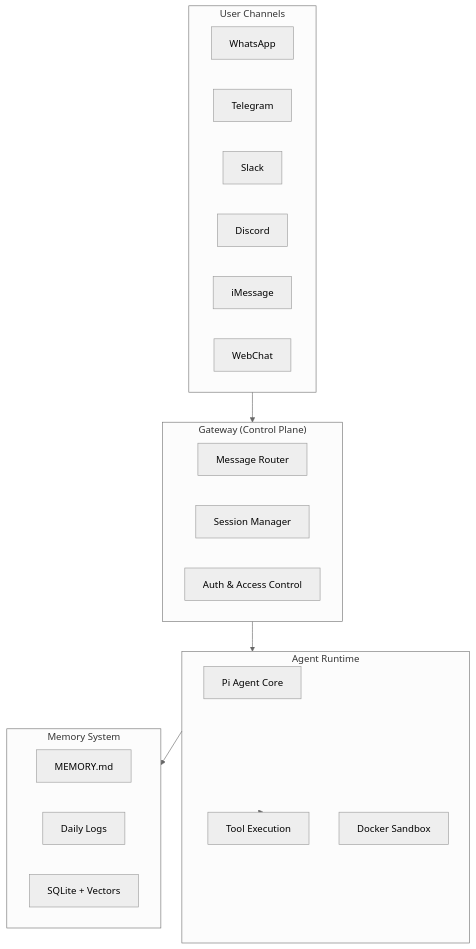
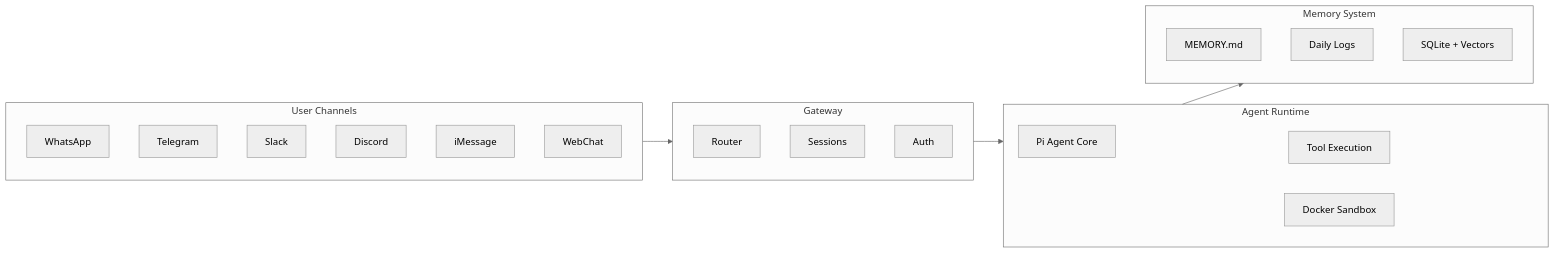
One commit to cynthialmy/cynthialmy.github.io changed the first of 9 diagrams in _posts/2026-02-27-self-evolving-ai-assistant.md. Above: the diagram before and after it, drawn with Mermaid (neutral theme).

````diff
--- a/_posts/2026-02-27-self-evolving-ai-assistant.md
+++ b/_posts/2026-02-27-self-evolving-ai-assistant.md
@@ -32,34 +32,23 @@
 ```mermaid
-flowchart TB
+flowchart LR
     subgraph Channels ["User Channels"]
-        WA["WhatsApp"]
-        TG["Telegram"]
-        SL["Slack"]
-        DC["Discord"]
-        IM["iMessage"]
-        WC["WebChat"]
+        WA["WhatsApp"] & TG["Telegram"] & SL["Slack"]
+        DC["Discord"] & IM["iMessage"] & WC["WebChat"]
     end
 
-    subgraph GW ["Gateway (Control Plane)"]
-        Router["Message Router"]
-        SessionMgr["Session Manager"]
-        Auth["Auth & Access Control"]
+    subgraph GW ["Gateway"]
+        Router["Router"] & SessionMgr["Sessions"] & Auth["Auth"]
     end
 
     subgraph AgentLayer ["Agent Runtime"]
-        Agent["Pi Agent Core"]
-        Tools["Tool Execution"]
-        Sandbox["Docker Sandbox"]
+        Agent["Pi Agent Core"] & Tools["Tool Execution"] & Sandbox["Docker Sandbox"]
     end
 
     subgraph MemoryLayer ["Memory System"]
-        MemMD["MEMORY.md"]
-        DailyLogs["Daily Logs"]
-        SQLite["SQLite + Vectors"]
+        MemMD["MEMORY.md"] & DailyLogs["Daily Logs"] & SQLite["SQLite + Vectors"]
     end
 
-    Channels --> GW
-    GW --> AgentLayer
+    Channels --> GW --> AgentLayer
     AgentLayer --> MemoryLayer
     AgentLayer --> Tools
 ```
````
